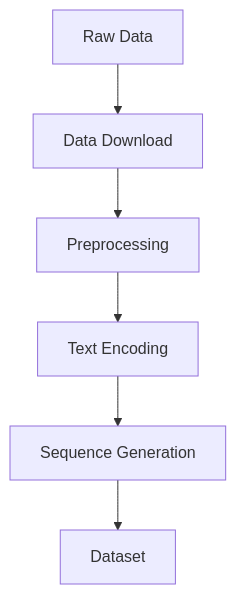
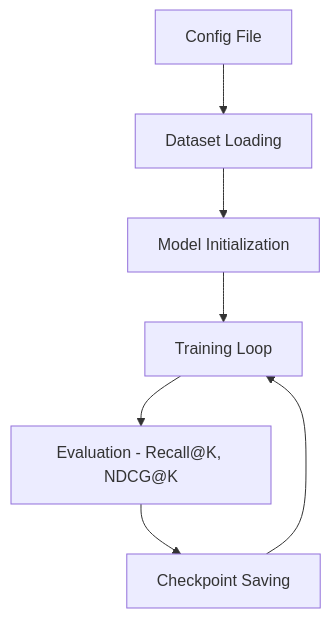
One commit to RoydonTay/genrec-unigcr changed the first of 2 diagrams in docs/en/getting-started.md. Above: the diagram before and after it, drawn with Mermaid. The commit also changed other lines of this file and 13 other files, not shown here.

````diff
--- a/docs/en/getting-started.md
+++ b/docs/en/getting-started.md
@@ -102,8 +145,9 @@
 ```mermaid
 graph TD
-    A[Raw Data] --> B[Data Download]
-    B --> C[Preprocessing]
-    C --> D[Text Encoding]
-    D --> E[Sequence Generation]
-    E --> F[Dataset]
+    A[Config File] --> B[Dataset Loading]
+    B --> C[Model Initialization]
+    C --> D[Training Loop]
+    D --> E[Evaluation - Recall@K, NDCG@K]
+    E --> F[Checkpoint Saving]
+    F --> D
 ```
````
